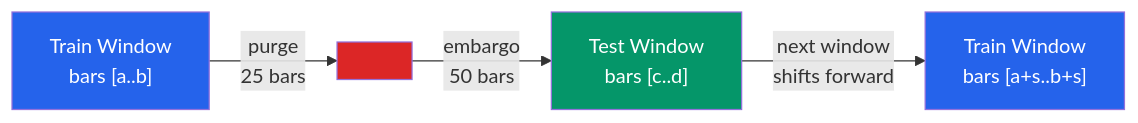
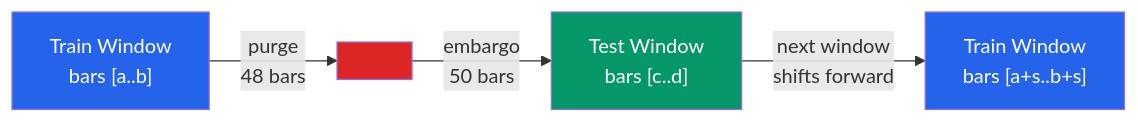
One commit to ultimateBroK/thesis-hybrid-stacking changed the seventh of 8 diagrams in docs/ARCHITECTURE.md. Above: the diagram before and after it, drawn with Mermaid. The commit also changed other lines of this file and 22 other files, not shown here.

````diff
--- a/docs/ARCHITECTURE.md
+++ b/docs/ARCHITECTURE.md
@@ -404,11 +404,11 @@
 ```mermaid
 flowchart LR
-    TR["Train Window<br/>bars [a..b]"] -->|"purge<br/>25 bars"| P1[" "]
+    TR["Train Window<br/>bars [a..b]"] -->|"purge<br/>48 bars"| P1[" "]
     P1 -->|"embargo<br/>50 bars"| TE["Test Window<br/>bars [c..d]"]
     TE -->|"next window<br/>shifts forward"| TR2["Train Window<br/>bars [a+s..b+s]"]
 
     style P1 fill:#DC2626,color:#fff
     style TR fill:#2563EB,color:#fff
     style TE fill:#059669,color:#fff
     style TR2 fill:#2563EB,color:#fff
 ```
````
